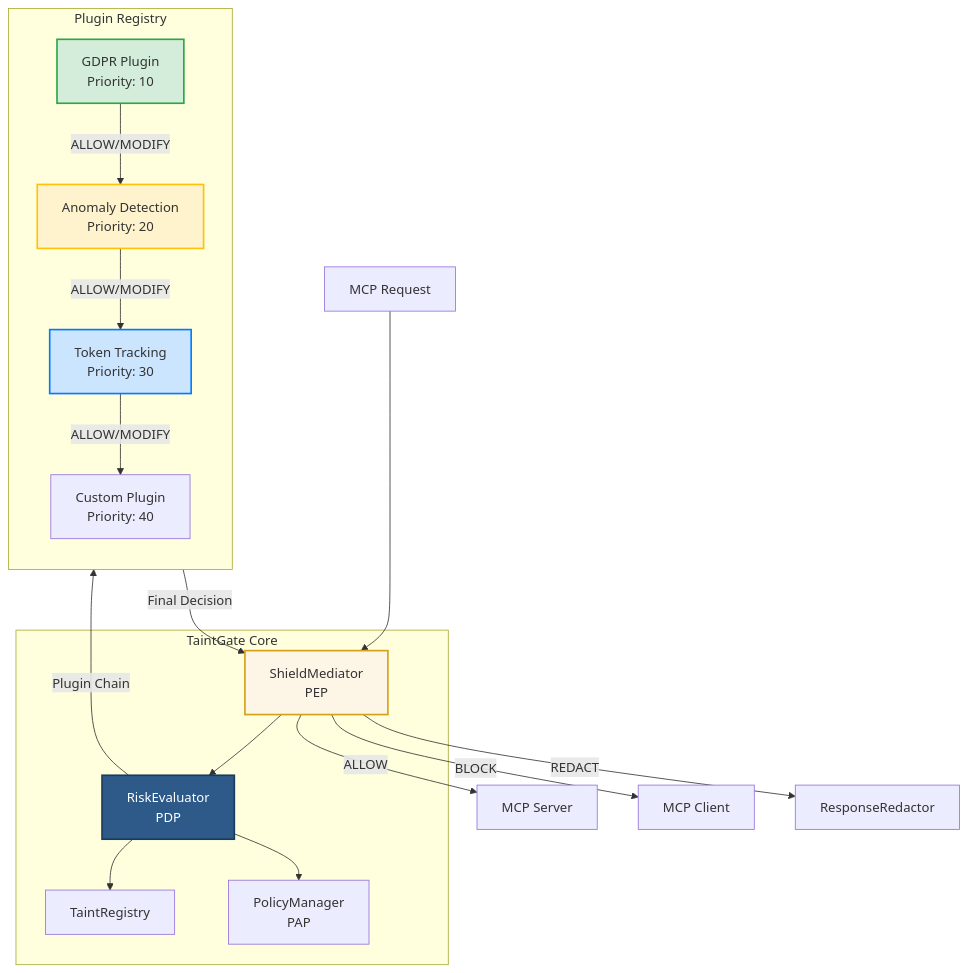
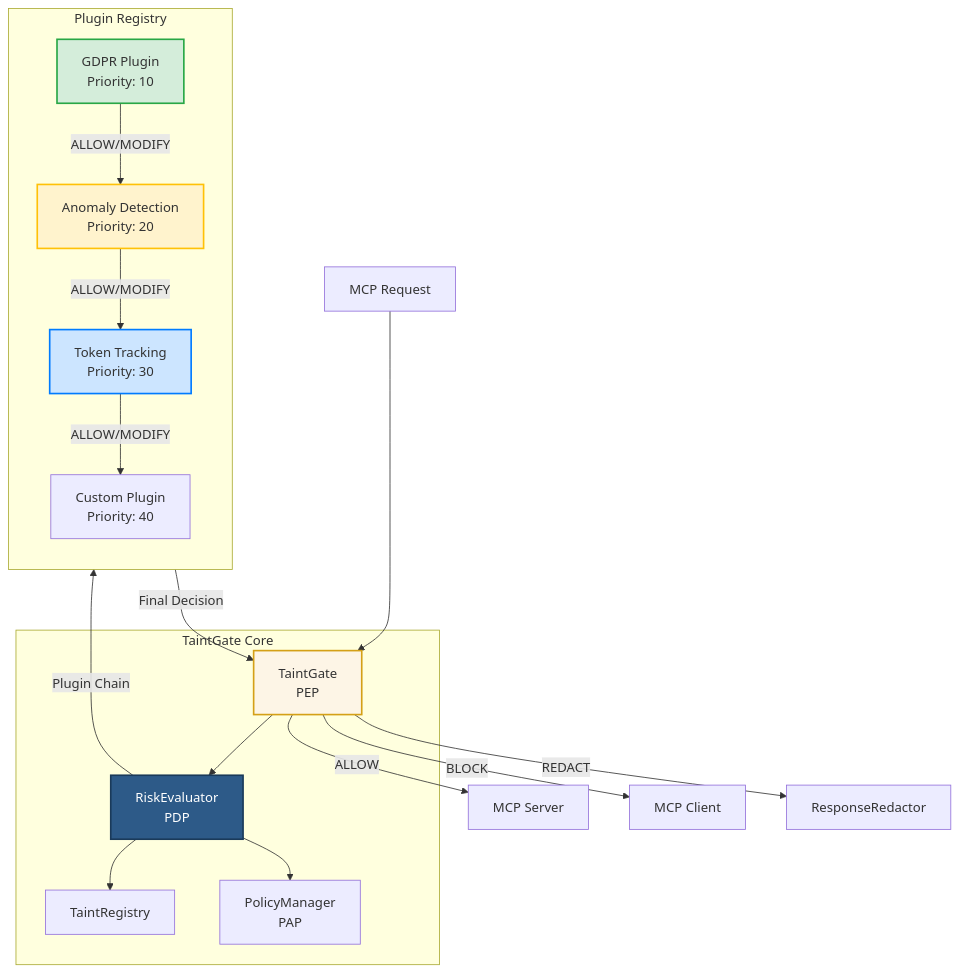
One commit to kiranv926/mcp-shield changed the first of 2 diagrams in docs/plugin-architecture.md. Above: the diagram before and after it, drawn with Mermaid. The commit also changed other lines of this file and 67 other files, not shown here.

First line of the commit message:
refactor(brand): rename MCP-Shield -> TaintGate across the project

````diff
--- a/docs/plugin-architecture.md
+++ b/docs/plugin-architecture.md
@@ -9,38 +9,38 @@
 ```mermaid
 graph TB
     subgraph "TaintGate Core"
-        Mediator[ShieldMediator<br/>PEP]
+        Mediator[TaintGate<br/>PEP]
         Evaluator[RiskEvaluator<br/>PDP]
         Registry[TaintRegistry]
         PolicyMgr[PolicyManager<br/>PAP]
     end
     
     subgraph "Plugin Registry"
         direction TB
         Plugin1[GDPR Plugin<br/>Priority: 10]
         Plugin2[Anomaly Detection<br/>Priority: 20]
         Plugin3[Token Tracking<br/>Priority: 30]
         Plugin4[Custom Plugin<br/>Priority: 40]
     end
     
     Request[MCP Request] --> Mediator
     Mediator --> Evaluator
     Evaluator --> Registry
     Evaluator --> PolicyMgr
     
     Evaluator -->|"Plugin Chain"| Plugin1
     Plugin1 -->|"ALLOW/MODIFY"| Plugin2
     Plugin2 -->|"ALLOW/MODIFY"| Plugin3
     Plugin3 -->|"ALLOW/MODIFY"| Plugin4
     Plugin4 -->|"Final Decision"| Mediator
     
     Mediator -->|"ALLOW"| Server[MCP Server]
     Mediator -->|"BLOCK"| Client[MCP Client]
     Mediator -->|"REDACT"| Redactor[ResponseRedactor]
     
     style Mediator fill:#fdf5e6,stroke:#d4a017,stroke-width:2px
     style Evaluator fill:#2d5a88,stroke:#1a3a5a,stroke-width:2px,color:#fff
     style Plugin1 fill:#d4edda,stroke:#28a745,stroke-width:2px
     style Plugin2 fill:#fff3cd,stroke:#ffc107,stroke-width:2px
     style Plugin3 fill:#cce5ff,stroke:#007bff,stroke-width:2px
 ```
````
